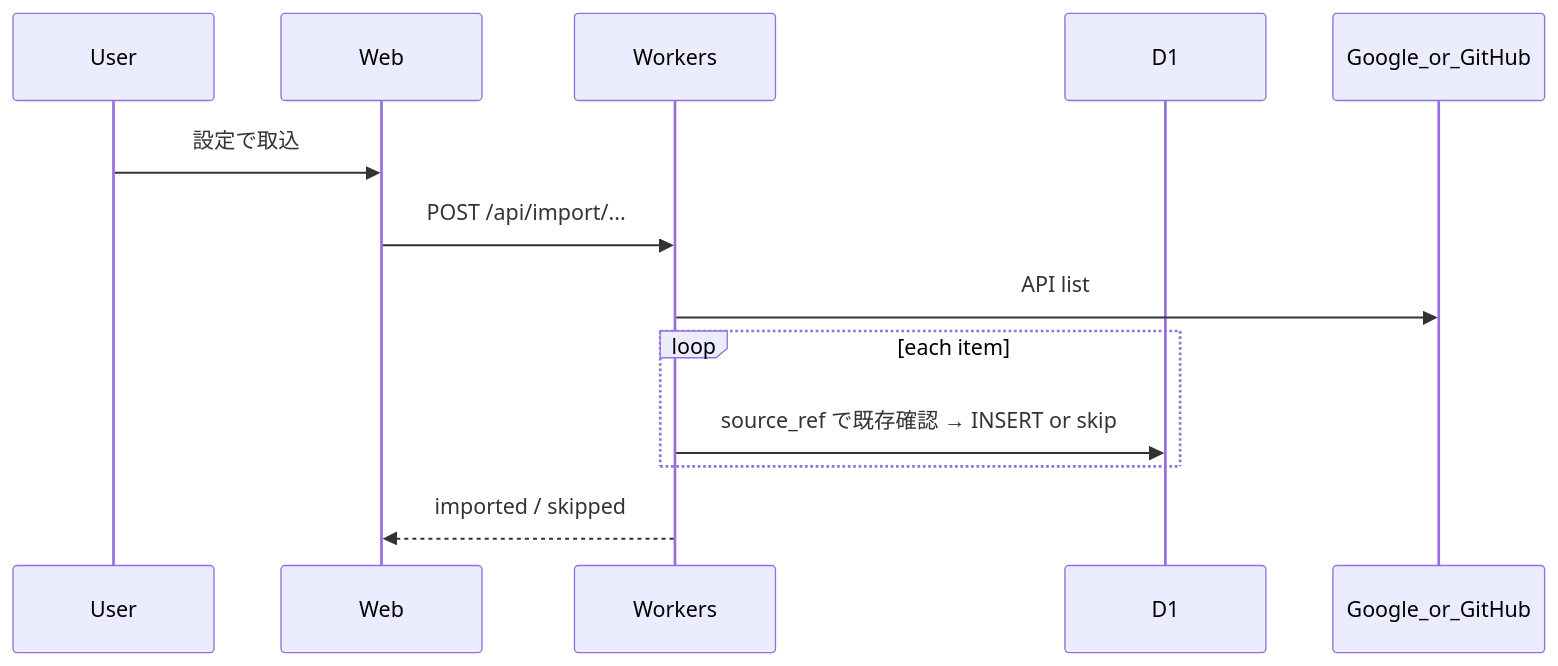
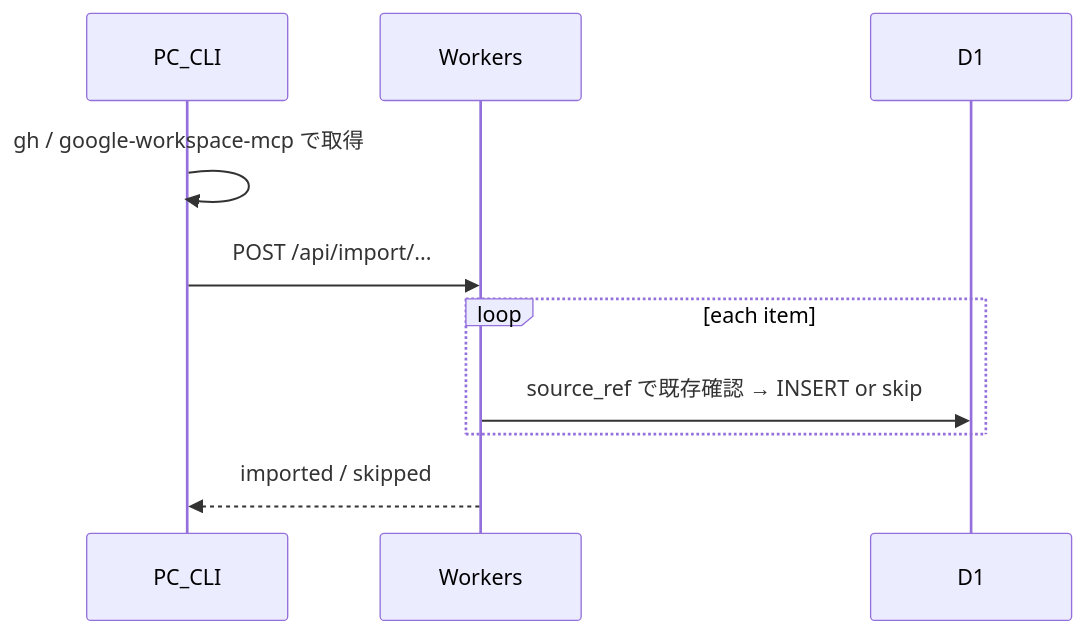
Before and after one commit to keitaroooo/aide: the fifth of 5 diagrams in README.md, drawn with Mermaid. The commit also changed other lines of this file and 19 other files, not shown here.

````diff
--- a/README.md
+++ b/README.md
@@ -250,16 +233,13 @@
 ```mermaid
 sequenceDiagram
-  participant U as User
-  participant W as Web
+  participant CLI as PC_CLI
   participant A as Workers
   participant D as D1
-  participant Ext as Google_or_GitHub
 
-  U->>W: 設定で取込
-  W->>A: POST /api/import/...
-  A->>Ext: API list
+  CLI->>CLI: gh / google-workspace-mcp で取得
+  CLI->>A: POST /api/import/...
   loop each item
     A->>D: source_ref で既存確認 → INSERT or skip
   end
-  A-->>W: imported / skipped
+  A-->>CLI: imported / skipped
 ```
````
